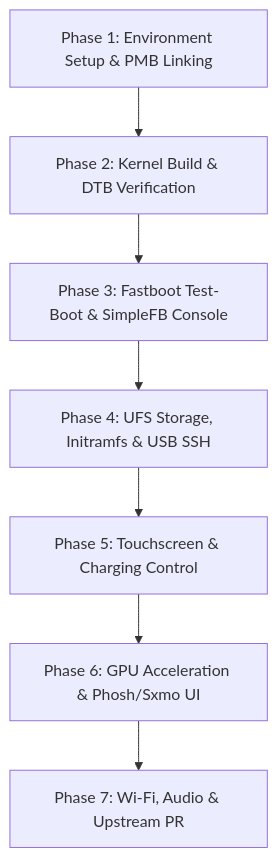
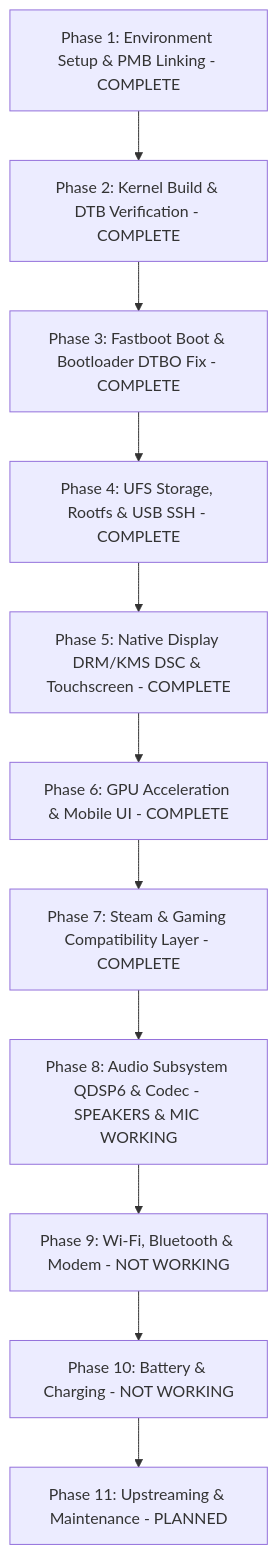
The diagram in docs/PLAN.md (emilyastranova/guacamole_nura), drawn with Mermaid before and after one commit. The commit also changed other lines of this file and 18 other files, not shown here.

````diff
--- a/docs/PLAN.md
+++ b/docs/PLAN.md
@@ -55,9 +26,13 @@
 ```mermaid
 flowchart TD
-    A[Phase 1: Environment Setup & PMB Linking] --> B[Phase 2: Kernel Build & DTB Verification]
-    B --> C[Phase 3: Fastboot Test-Boot & SimpleFB Console]
-    C --> D[Phase 4: UFS Storage, Initramfs & USB SSH]
-    D --> E[Phase 5: Touchscreen & Charging Control]
-    E --> F[Phase 6: GPU Acceleration & Phosh/Sxmo UI]
-    F --> G[Phase 7: Wi-Fi, Audio & Upstream PR]
+    A[Phase 1: Environment Setup & PMB Linking - COMPLETE] --> B[Phase 2: Kernel Build & DTB Verification - COMPLETE]
+    B --> C[Phase 3: Fastboot Boot & Bootloader DTBO Fix - COMPLETE]
+    C --> D[Phase 4: UFS Storage, Rootfs & USB SSH - COMPLETE]
+    D --> E[Phase 5: Native Display DRM/KMS DSC & Touchscreen - COMPLETE]
+    E --> F[Phase 6: GPU Acceleration & Mobile UI - COMPLETE]
+    F --> G[Phase 7: Steam & Gaming Compatibility Layer - COMPLETE]
+    G --> H[Phase 8: Audio Subsystem QDSP6 & Codec - SPEAKERS & MIC WORKING]
+    H --> I[Phase 9: Wi-Fi, Bluetooth & Modem - NOT WORKING]
+    I --> J[Phase 10: Battery & Charging - NOT WORKING]
+    J --> K[Phase 11: Upstreaming & Maintenance - PLANNED]
 ```
````
